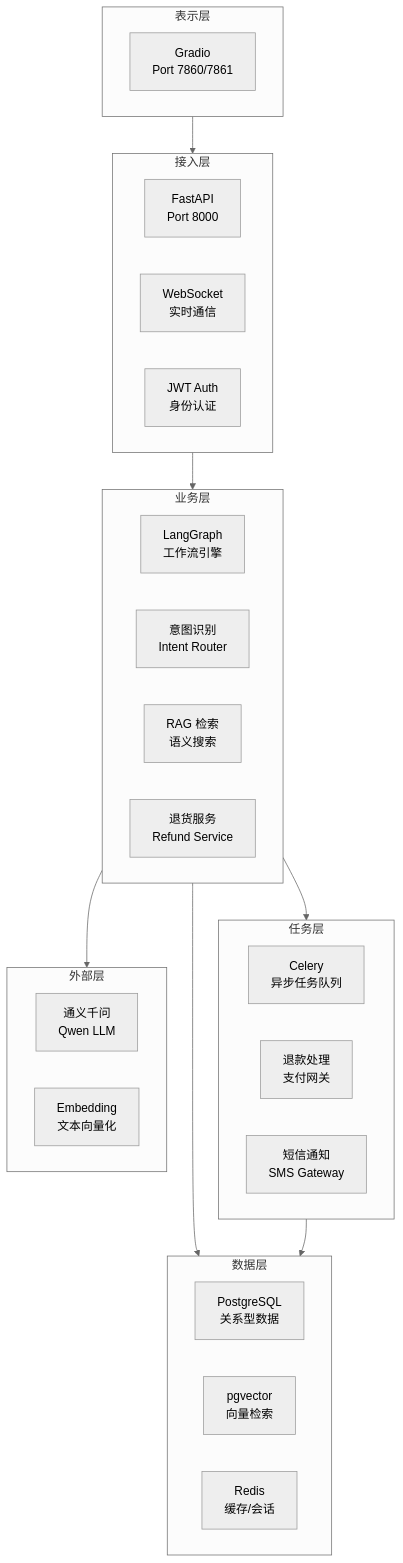
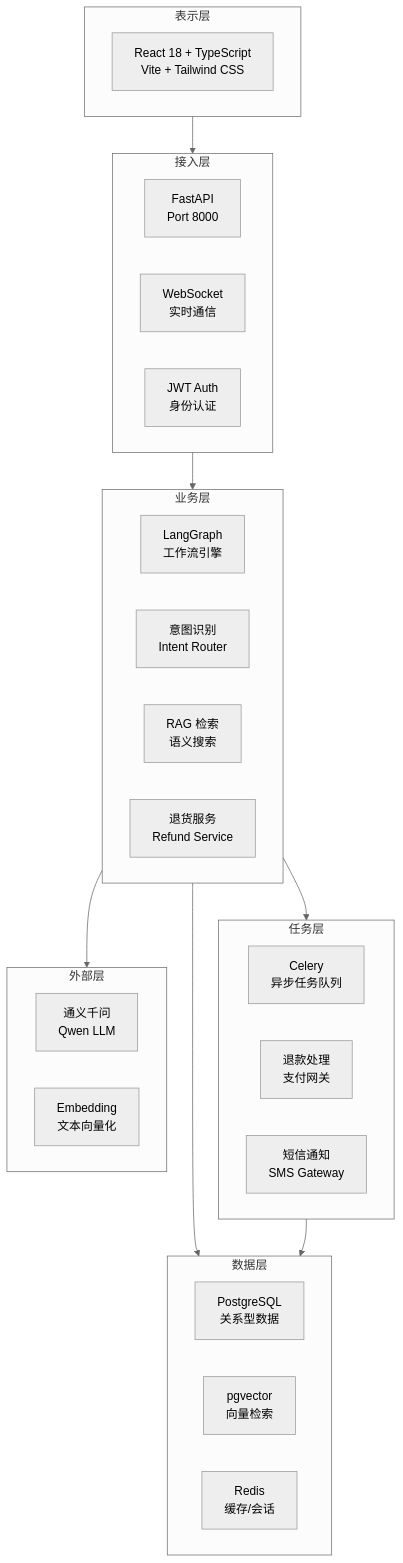
Before and after one commit to Mr-ZeLong/E-commerce-Smart-Agent: the seventh of 8 diagrams in architecture.md, drawn with Mermaid (neutral theme). The commit also changed other lines of this file and 9 other files, not shown here.

````diff
--- a/architecture.md
+++ b/architecture.md
@@ -348,43 +348,43 @@
 ```mermaid
 flowchart TB
     subgraph Layer1["表示层"]
-        F1["Gradio<br/>Port 7860/7861"]
+        F1["React 18 + TypeScript<br/>Vite + Tailwind CSS"]
     end
 
     subgraph Layer2["接入层"]
         A1["FastAPI<br/>Port 8000"]
         A2["WebSocket<br/>实时通信"]
         A3["JWT Auth<br/>身份认证"]
     end
 
     subgraph Layer3["业务层"]
         B1["LangGraph<br/>工作流引擎"]
         B2["意图识别<br/>Intent Router"]
         B3["RAG 检索<br/>语义搜索"]
         B4["退货服务<br/>Refund Service"]
     end
 
     subgraph Layer4["任务层"]
         T1["Celery<br/>异步任务队列"]
         T2["退款处理<br/>支付网关"]
         T3["短信通知<br/>SMS Gateway"]
     end
 
     subgraph Layer5["数据层"]
         D1["PostgreSQL<br/>关系型数据"]
         D2["pgvector<br/>向量检索"]
         D3["Redis<br/>缓存/会话"]
     end
 
     subgraph Layer6["外部层"]
         E1["通义千问<br/>Qwen LLM"]
         E2["Embedding<br/>文本向量化"]
     end
 
     Layer1 --> Layer2
     Layer2 --> Layer3
     Layer3 --> Layer4
     Layer3 --> Layer5
     Layer4 --> Layer5
     Layer3 --> Layer6
 ```
````
